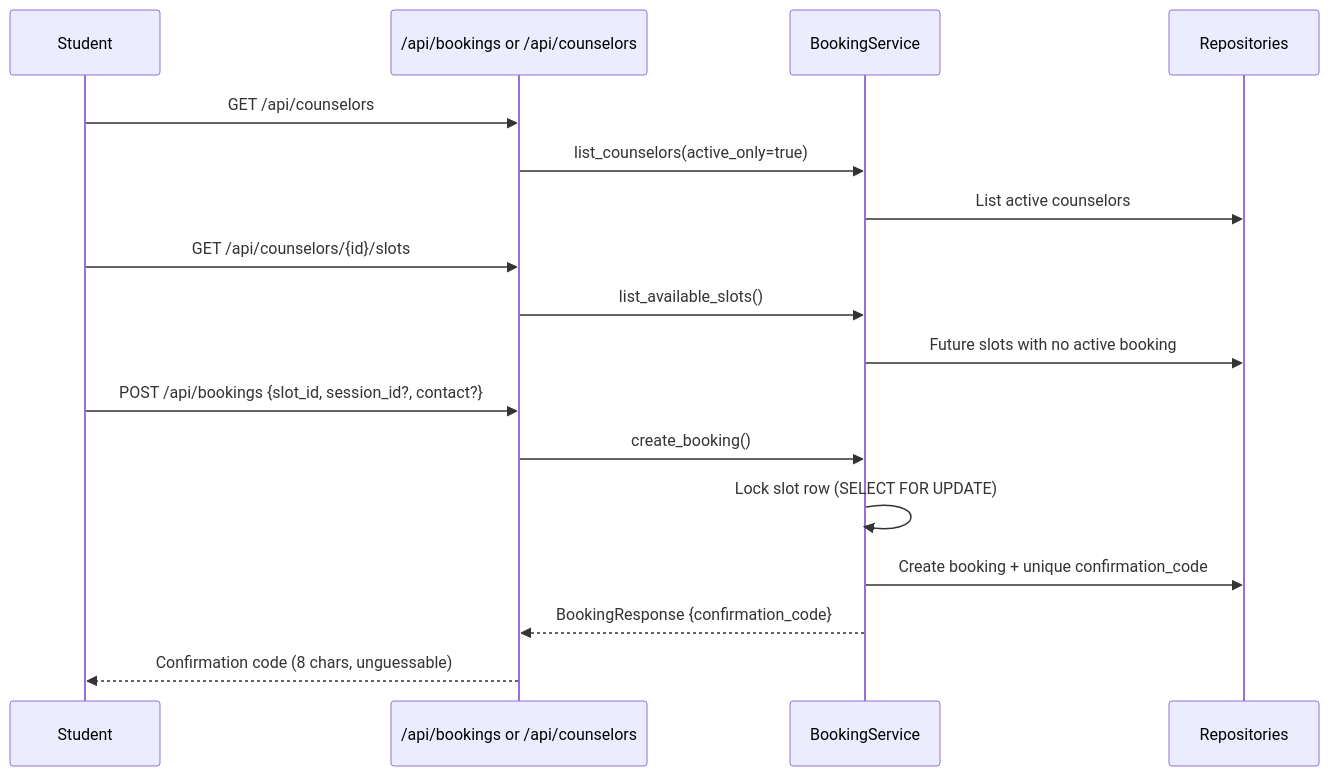
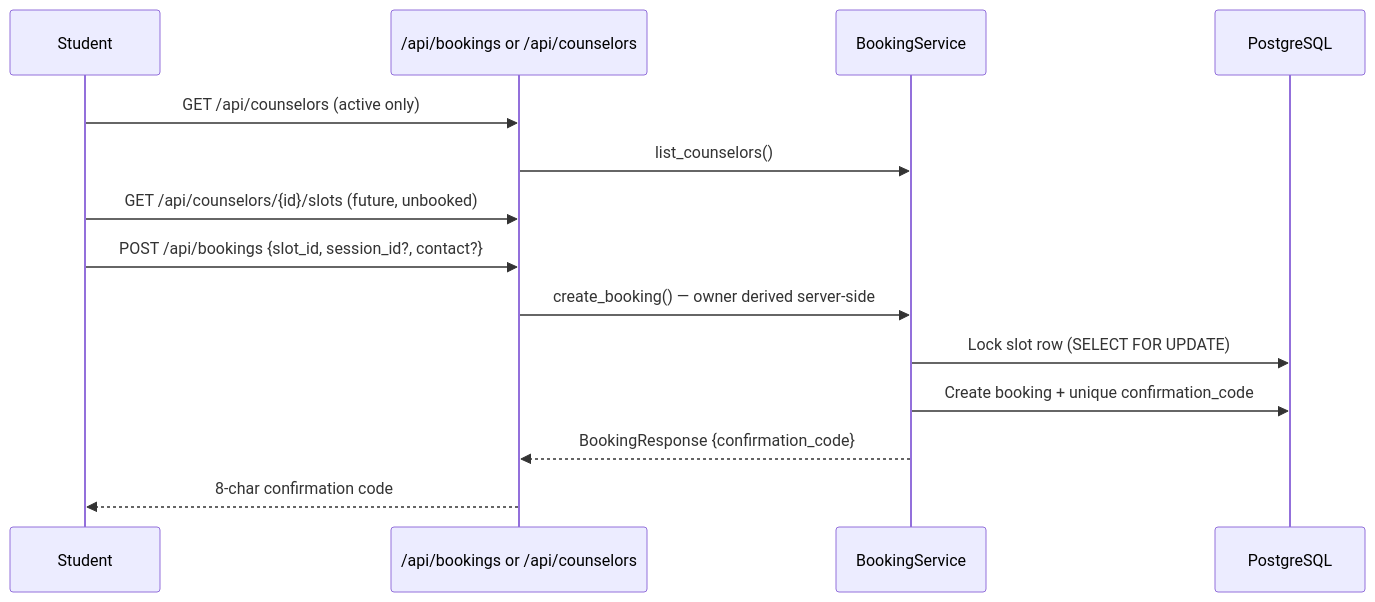
The fourth of 4 diagrams in docs/ARCHITECTURE.md (syazy-bit/mental-health-app), drawn with Mermaid before and after one commit. The commit also changed other lines of this file and 3 other files, not shown here.

Commit message:
docs: finalize license and technical architecture

````diff
--- a/docs/ARCHITECTURE.md
+++ b/docs/ARCHITECTURE.md
@@ -134,19 +351,16 @@
 ```mermaid
 sequenceDiagram
-    participant Student
-    participant API as /api/bookings or /api/counselors
-    participant Service as BookingService
-    participant Repo as Repositories
-    Student->>API: GET /api/counselors
-    API->>Service: list_counselors(active_only=true)
-    Service->>Repo: List active counselors
-    Student->>API: GET /api/counselors/{id}/slots
-    API->>Service: list_available_slots()
-    Service->>Repo: Future slots with no active booking
-    Student->>API: POST /api/bookings {slot_id, session_id?, contact?}
-    API->>Service: create_booking()
-    Service->>Service: Lock slot row (SELECT FOR UPDATE)
-    Service->>Repo: Create booking + unique confirmation_code
-    Service-->>API: BookingResponse {confirmation_code}
-    API-->>Student: Confirmation code (8 chars, unguessable)
+    participant S as Student
+    participant R as /api/bookings or /api/counselors
+    participant B as BookingService
+    participant D as PostgreSQL
+    S->>R: GET /api/counselors (active only)
+    R->>B: list_counselors()
+    S->>R: GET /api/counselors/{id}/slots (future, unbooked)
+    S->>R: POST /api/bookings {slot_id, session_id?, contact?}
+    R->>B: create_booking() — owner derived server-side
+    B->>D: Lock slot row (SELECT FOR UPDATE)
+    B->>D: Create booking + unique confirmation_code
+    B-->>R: BookingResponse {confirmation_code}
+    R-->>S: 8-char confirmation code
 ```
````
